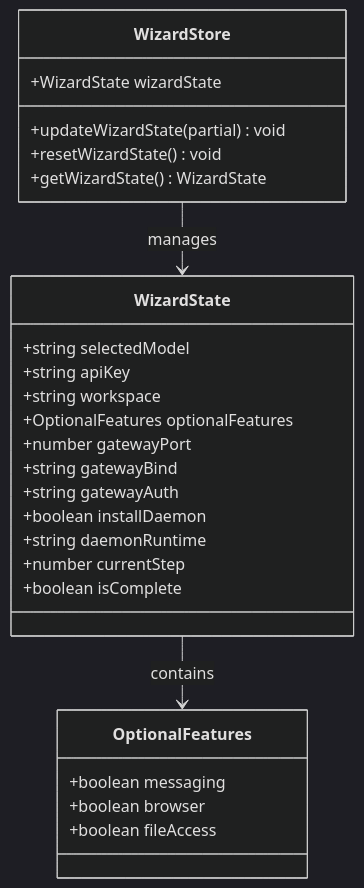
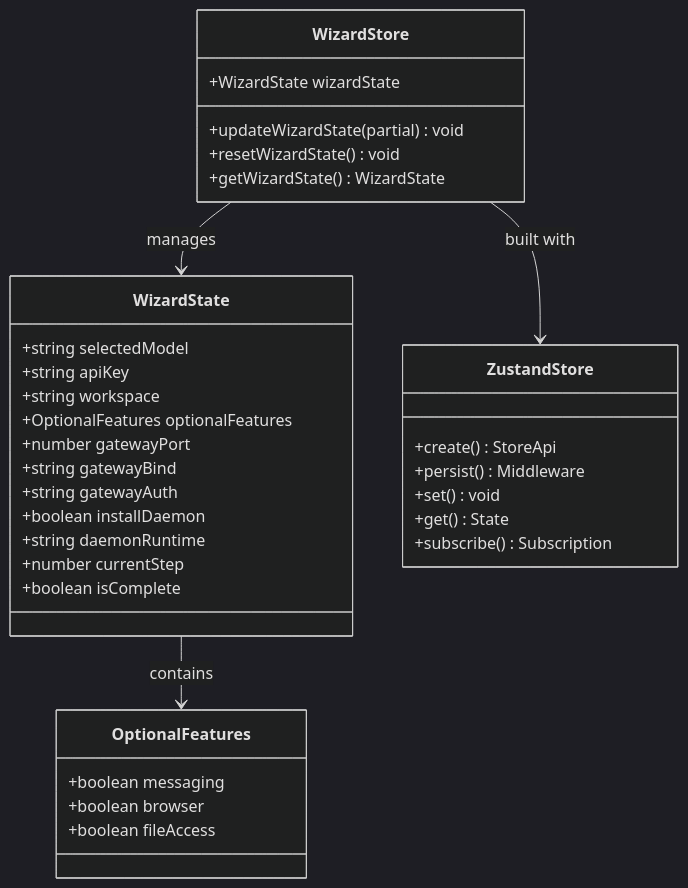
One commit to verse-ai-org/openclaw changed the second of 9 diagrams in .qoder/repowiki/zh/content/设置向导状态管理.md. Above: the diagram before and after it, drawn with Mermaid (dark theme). The commit also changed other lines of this file and 78 other files, not shown here.

````diff
--- a/.qoder/repowiki/zh/content/设置向导状态管理.md
+++ b/.qoder/repowiki/zh/content/设置向导状态管理.md
@@ -89,29 +95,37 @@
 ```mermaid
 classDiagram
 class WizardState {
 +string selectedModel
 +string apiKey
 +string workspace
 +OptionalFeatures optionalFeatures
 +number gatewayPort
 +string gatewayBind
 +string gatewayAuth
 +boolean installDaemon
 +string daemonRuntime
 +number currentStep
 +boolean isComplete
 }
 class OptionalFeatures {
 +boolean messaging
 +boolean browser
 +boolean fileAccess
 }
 class WizardStore {
 +WizardState wizardState
 +updateWizardState(partial) void
 +resetWizardState() void
 +getWizardState() WizardState
 }
+class ZustandStore {
++create() StoreApi
++persist() Middleware
++set() void
++get() State
++subscribe() Subscription
+}
 WizardStore --> WizardState : manages
+WizardStore --> ZustandStore : built with
 WizardState --> OptionalFeatures : contains
 ```
````
